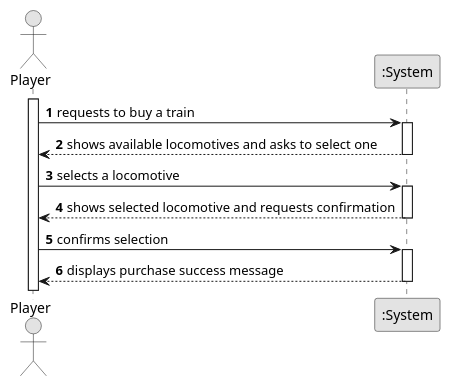
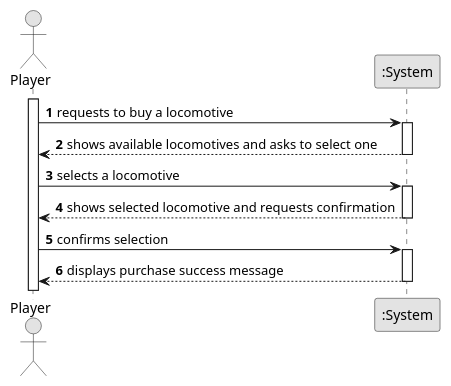
Before and after one commit to 1240826/empire-on-tracks: the diagram in docs/system-documentation/US009/01.requirements-engineering/puml/US009-SSD.puml, drawn with PlantUML. The commit also changed 19 other files, not shown here.

```diff
--- a/docs/system-documentation/US009/01.requirements-engineering/puml/US009-SSD.puml
+++ b/docs/system-documentation/US009/01.requirements-engineering/puml/US009-SSD.puml
@@ -1,31 +1,31 @@
 @startuml
 skinparam monochrome true
 skinparam packageStyle rectangle
 skinparam shadowing false
 
 autonumber
 
 actor "Player" as Player
 participant ":System" as System
 
 activate Player
 
-    Player -> System : requests to buy a train
+    Player -> System : requests to buy a locomotive
     activate System
 
         System --> Player : shows available locomotives and asks to select one
     deactivate System
 
     Player -> System : selects a locomotive
     activate System
 
             System --> Player : shows selected locomotive and requests confirmation
     deactivate System
 
     Player -> System : confirms selection
     activate System
 
         System --> Player : displays purchase success message
     deactivate System
 
 @enduml
```
